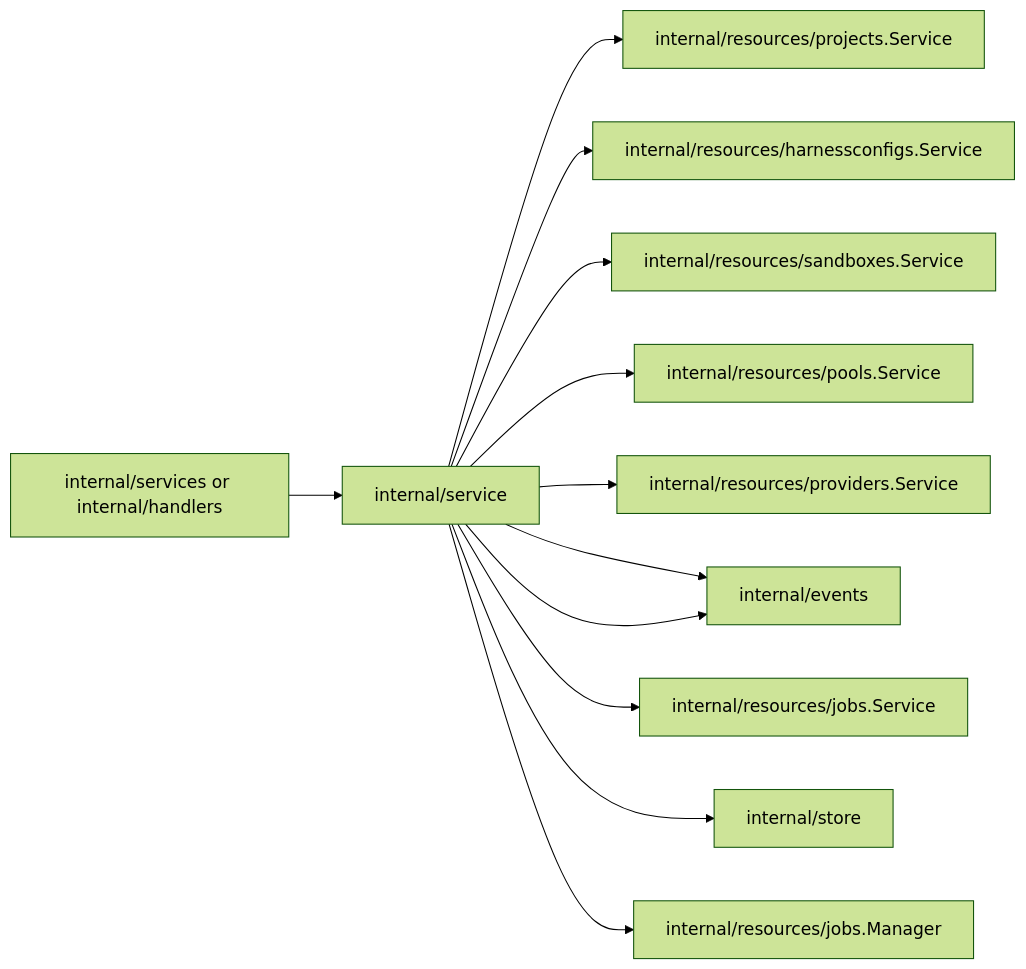
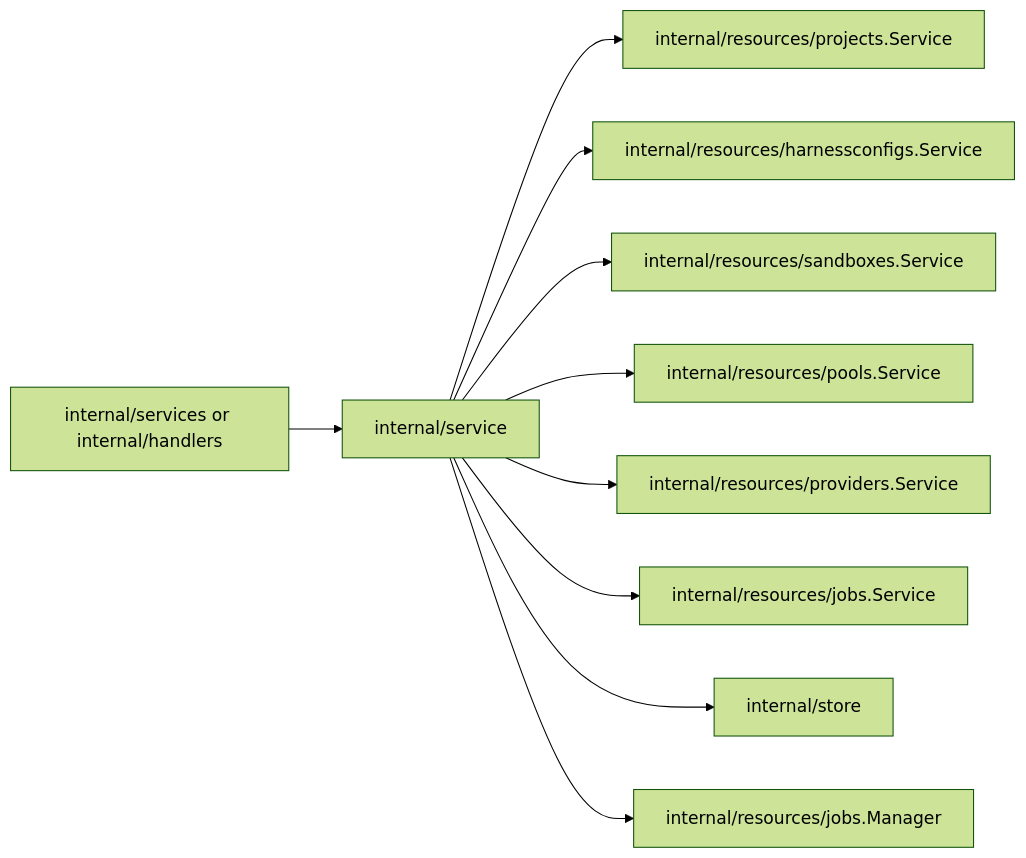
Before and after one commit to discobox-ai/discobox: the first of 2 diagrams in server/internal/service/DESIGN.md, drawn with Mermaid (forest theme). The commit also changed other lines of this file and 38 other files, not shown here.

````diff
--- a/server/internal/service/DESIGN.md
+++ b/server/internal/service/DESIGN.md
@@ -9,14 +9,12 @@
 ```mermaid
 flowchart LR
     api[internal/services or internal/handlers] --> service[internal/service]
     service --> projects[internal/resources/projects.Service]
     service --> harnessconfigs[internal/resources/harnessconfigs.Service]
     service --> sandboxes[internal/resources/sandboxes.Service]
     service --> pools[internal/resources/pools.Service]
     service --> providers[internal/resources/providers.Service]
-    service --> events[internal/resources/events.Service]
     service --> jobsvc[internal/resources/jobs.Service]
     service --> store[internal/store]
     service --> jobs[internal/resources/jobs.Manager]
-    service --> events[internal/events]
 ```
````
